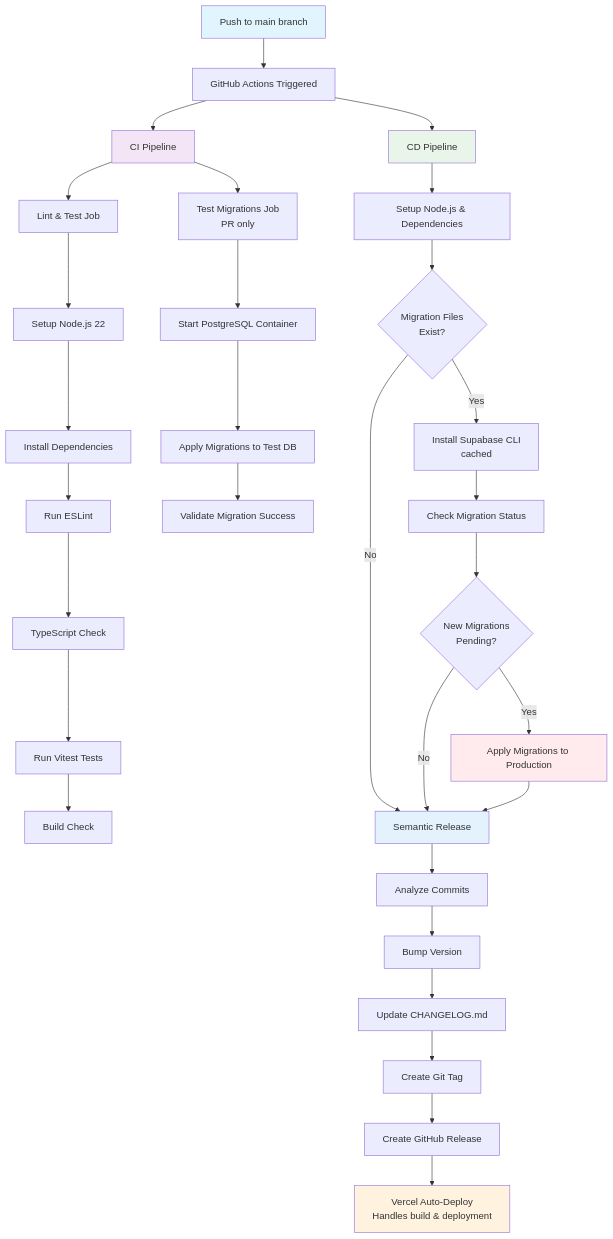
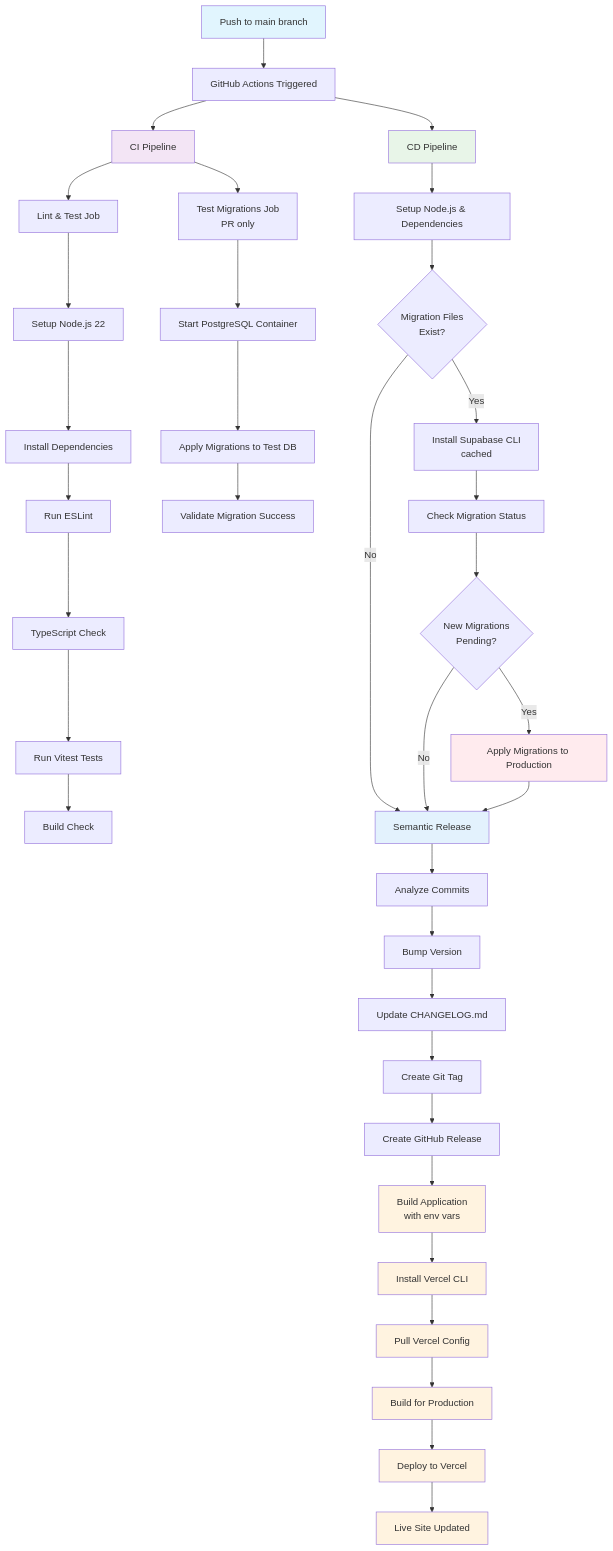
Before and after one commit to rzagramonte/haven-health: the diagram in README.md, drawn with Mermaid. The commit also changed other lines of this file and 1 other file, not shown here.

Commit message:
ci(git-hook): enforce commitizen convention hooks except for in CI env

````diff
--- a/README.md
+++ b/README.md
@@ -270,47 +270,57 @@
 ```mermaid
 graph TD
       A[Push to main branch] --> B[GitHub Actions Triggered]
 
       B --> C[CI Pipeline]
       B --> D[CD Pipeline]
 
       C --> C1[Lint & Test Job]
       C1 --> C2[Setup Node.js 22]
       C2 --> C3[Install Dependencies]
       C3 --> C4[Run ESLint]
       C4 --> C5[TypeScript Check]
       C5 --> C6[Run Vitest Tests]
       C6 --> C7[Build Check]
 
       C --> C8[Test Migrations Job<br/>PR only]
       C8 --> C9[Start PostgreSQL Container]
       C9 --> C10[Apply Migrations to Test DB]
       C10 --> C11[Validate Migration Success]
 
       D --> D1[Setup Node.js & Dependencies]
       D1 --> D2{Migration Files<br/>Exist?}
 
       D2 -->|No| D8[Semantic Release]
       D2 -->|Yes| D3[Install Supabase CLI<br/>cached]
       D3 --> D4[Check Migration Status]
       D4 --> D5{New Migrations<br/>Pending?}
 
       D5 -->|No| D8
       D5 -->|Yes| D6[Apply Migrations to Production]
       D6 --> D8
 
       D8 --> D9[Analyze Commits]
       D9 --> D10[Bump Version]
       D10 --> D11[Update CHANGELOG.md]
       D11 --> D12[Create Git Tag]
       D12 --> D13[Create GitHub Release]
 
-      D13 --> E[Vercel Auto-Deploy<br/>Handles build & deployment]
+      D13 --> E1[Build Application<br/>with env vars]
+      E1 --> E2[Install Vercel CLI]
+      E2 --> E3[Pull Vercel Config]
+      E3 --> E4[Build for Production]
+      E4 --> E5[Deploy to Vercel]
+      E5 --> E6[Live Site Updated]
 
       style A fill:#e1f5fe
       style C fill:#f3e5f5
       style D fill:#e8f5e8
       style D6 fill:#ffebee
       style D8 fill:#e3f2fd
-      style E fill:#fff3e0
+      style E1 fill:#fff3e0
+      style E2 fill:#fff3e0
+      style E3 fill:#fff3e0
+      style E4 fill:#fff3e0
+      style E5 fill:#fff3e0
+      style E6 fill:#fff3e0
 ```
````
